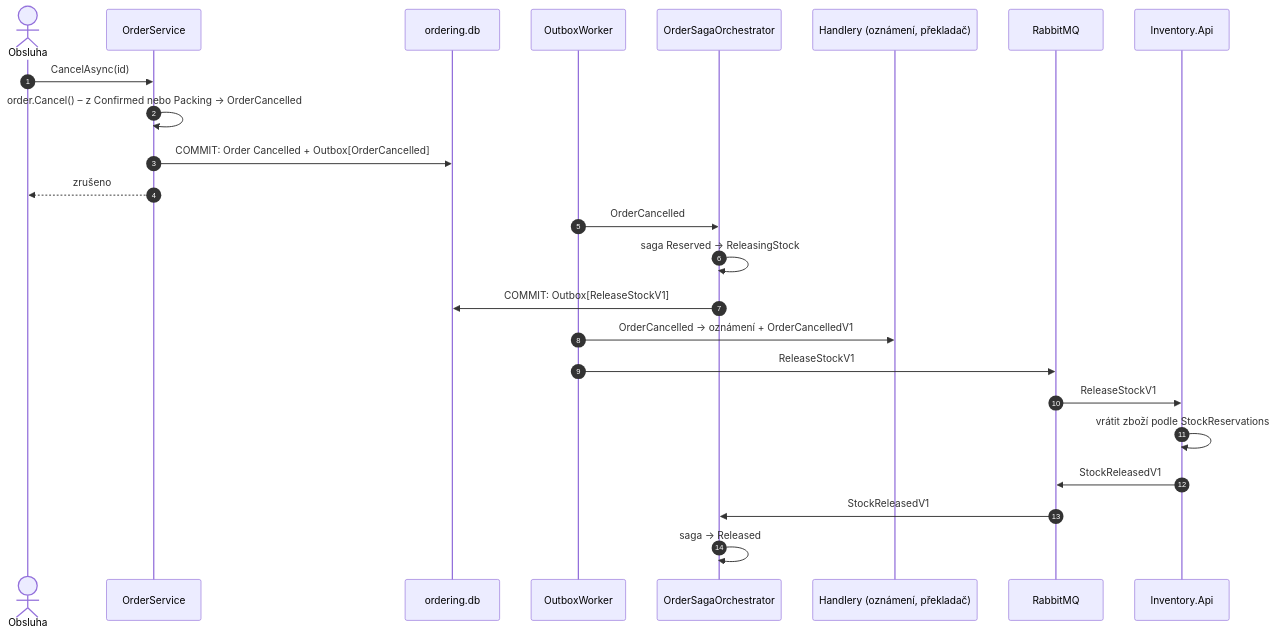
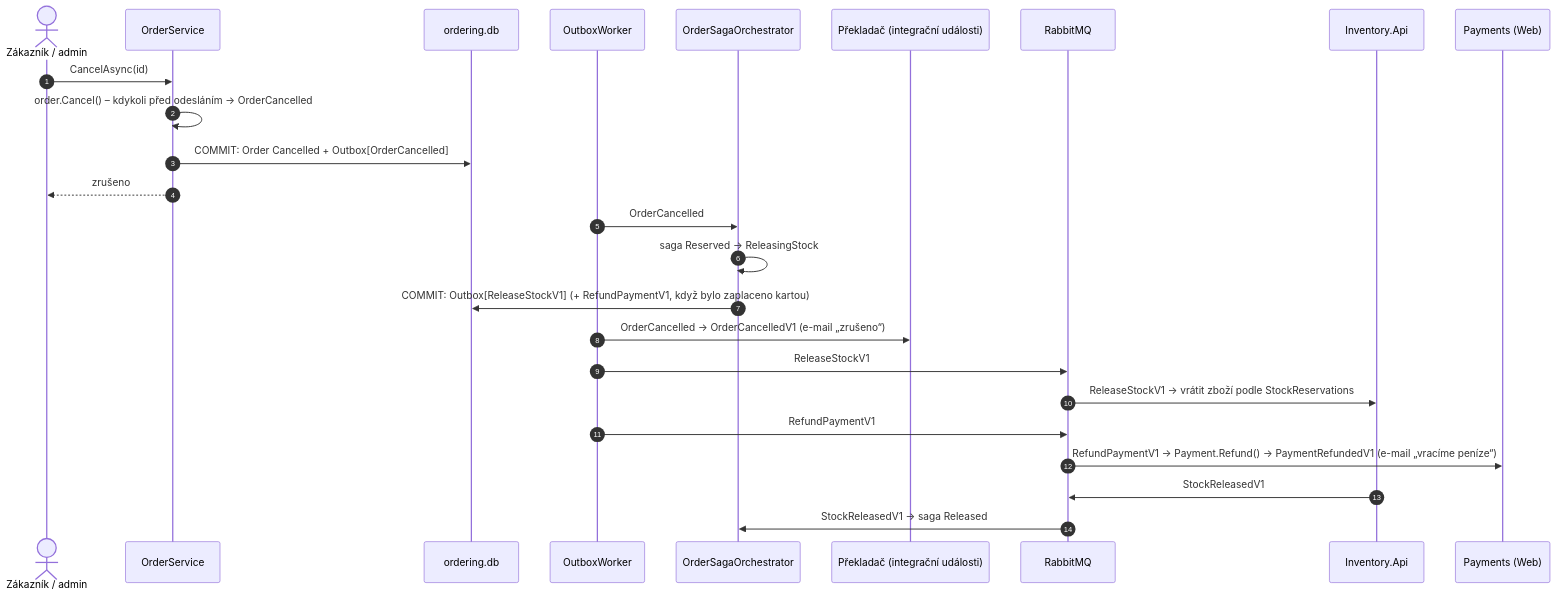
Before and after one commit to ftichy/MiniShop: the first of 2 diagrams in docs/prirucka/toky/zruseni-a-vyrizeni.md, drawn with Mermaid. The commit also changed other lines of this file and 25 other files, not shown here.

First line of the commit message:
ESHOP STEP9: zrušení kdykoli před odesláním

````diff
--- a/docs/prirucka/toky/zruseni-a-vyrizeni.md
+++ b/docs/prirucka/toky/zruseni-a-vyrizeni.md
@@ -13,27 +14,28 @@
 ```mermaid
 sequenceDiagram
     autonumber
-    actor O as Obsluha
+    actor O as Zákazník / admin
     participant S as OrderService
     participant ODB as ordering.db
     participant OW as OutboxWorker
     participant SG as OrderSagaOrchestrator
-    participant H as Handlery (oznámení, překladač)
+    participant H as Překladač (integrační události)
     participant MQ as RabbitMQ
     participant I as Inventory.Api
+    participant P as Payments (Web)
 
     O->>S: CancelAsync(id)
-    S->>S: order.Cancel() – z Confirmed nebo Packing → OrderCancelled
+    S->>S: order.Cancel() – kdykoli před odesláním → OrderCancelled
     S->>ODB: COMMIT: Order Cancelled + Outbox[OrderCancelled]
     S-->>O: zrušeno
     OW->>SG: OrderCancelled
     SG->>SG: saga Reserved → ReleasingStock
-    SG->>ODB: COMMIT: Outbox[ReleaseStockV1]
-    OW->>H: OrderCancelled → oznámení + OrderCancelledV1
+    SG->>ODB: COMMIT: Outbox[ReleaseStockV1] (+ RefundPaymentV1, když bylo zaplaceno kartou)
+    OW->>H: OrderCancelled → OrderCancelledV1 (e-mail „zrušeno“)
     OW->>MQ: ReleaseStockV1
-    MQ->>I: ReleaseStockV1
-    I->>I: vrátit zboží podle StockReservations
+    MQ->>I: ReleaseStockV1 → vrátit zboží podle StockReservations
+    OW->>MQ: RefundPaymentV1
+    MQ->>P: RefundPaymentV1 → Payment.Refund() → PaymentRefundedV1 (e-mail „vracíme peníze“)
     I->>MQ: StockReleasedV1
-    MQ->>SG: StockReleasedV1
-    SG->>SG: saga → Released
+    MQ->>SG: StockReleasedV1 → saga Released
 ```
````
